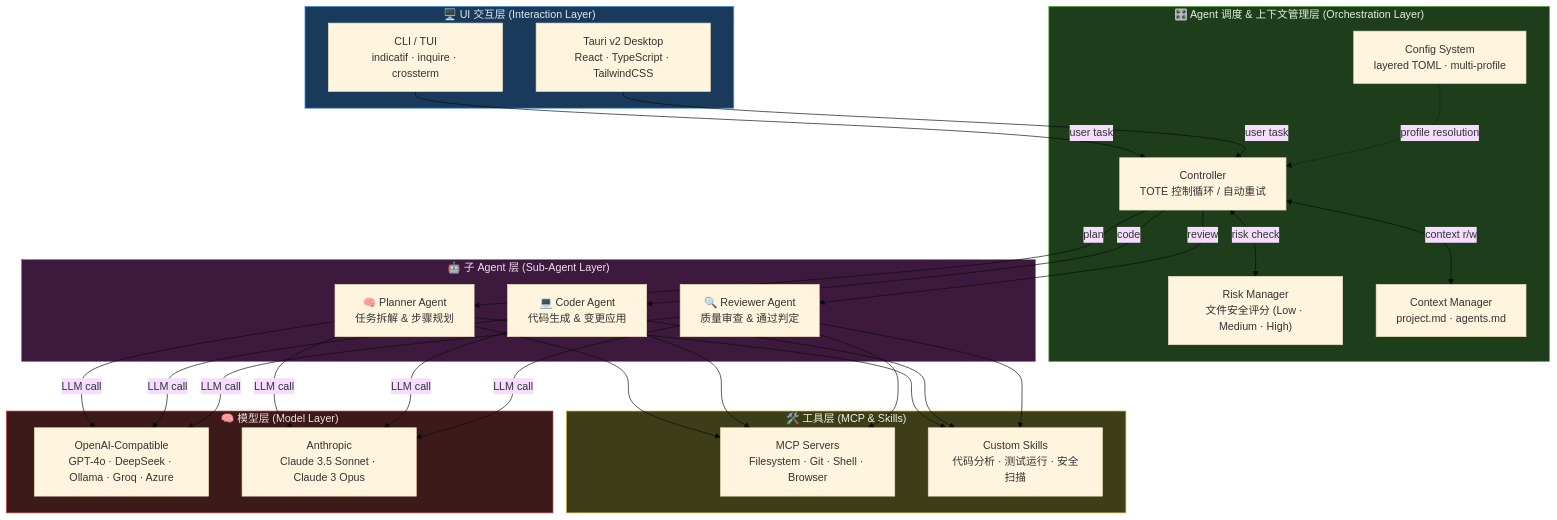
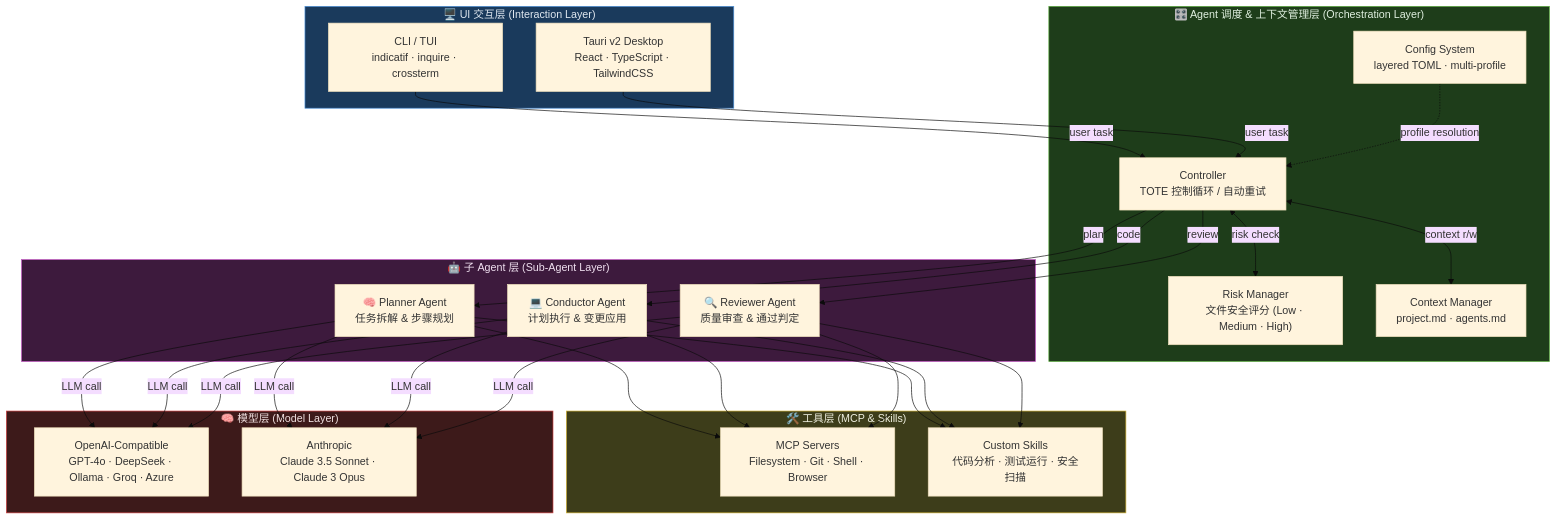
One commit to NealST/HarnessCode changed the diagram in README.md. Above: the diagram before and after it, drawn with Mermaid (base theme). The commit also changed other lines of this file and 10 other files, not shown here.

````diff
--- a/README.md
+++ b/README.md
@@ -30,59 +30,59 @@
 ```mermaid
 graph TB
     subgraph UI["🖥️ UI 交互层 (Interaction Layer)"]
         CLI["CLI / TUI<br/>indicatif · inquire · crossterm"]
         TAURI["Tauri v2 Desktop<br/>React · TypeScript · TailwindCSS"]
     end
 
     subgraph ORCH["🎛️ Agent 调度 & 上下文管理层 (Orchestration Layer)"]
         CTRL["Controller<br/>TOTE 控制循环 / 自动重试"]
         RISK["Risk Manager<br/>文件安全评分 (Low · Medium · High)"]
         CTX["Context Manager<br/>project.md · agents.md"]
         CFG["Config System<br/>layered TOML · multi-profile"]
     end
 
     subgraph AGENTS["🤖 子 Agent 层 (Sub-Agent Layer)"]
         PLAN["🧠 Planner Agent<br/>任务拆解 & 步骤规划"]
-        CODE["💻 Coder Agent<br/>代码生成 & 变更应用"]
+        CODE["💻 Conductor Agent<br/>计划执行 & 变更应用"]
         REV["🔍 Reviewer Agent<br/>质量审查 & 通过判定"]
     end
 
     subgraph TOOLS["🛠️ 工具层 (MCP & Skills)"]
         MCP["MCP Servers<br/>Filesystem · Git · Shell · Browser"]
         SKILLS["Custom Skills<br/>代码分析 · 测试运行 · 安全扫描"]
     end
 
     subgraph MODELS["🧠 模型层 (Model Layer)"]
         OAI["OpenAI-Compatible<br/>GPT-4o · DeepSeek · Ollama · Groq · Azure"]
         ANT["Anthropic<br/>Claude 3.5 Sonnet · Claude 3 Opus"]
     end
 
     CLI -->|user task| CTRL
     TAURI -->|user task| CTRL
     CFG -.->|profile resolution| CTRL
     CTRL <-->|risk check| RISK
     CTRL <-->|context r/w| CTX
     CTRL -->|plan| PLAN
     CTRL -->|code| CODE
     CTRL -->|review| REV
 
     PLAN --> MCP
     CODE --> MCP
     REV --> MCP
     PLAN --> SKILLS
     CODE --> SKILLS
     REV --> SKILLS
 
     PLAN -->|LLM call| OAI
     PLAN -->|LLM call| ANT
     CODE -->|LLM call| OAI
     CODE -->|LLM call| ANT
     REV -->|LLM call| OAI
     REV -->|LLM call| ANT
 
     style UI    fill:#1a3a5c,stroke:#4a90d9,color:#e0e8f0
     style ORCH  fill:#1e3d1a,stroke:#5aad3c,color:#e0f0e0
     style AGENTS fill:#3d1a3d,stroke:#c050c0,color:#f0e0f0
     style TOOLS fill:#3d3d1a,stroke:#d0b030,color:#f0f0e0
     style MODELS fill:#3d1a1a,stroke:#d04040,color:#f0e0e0
 ```
````
